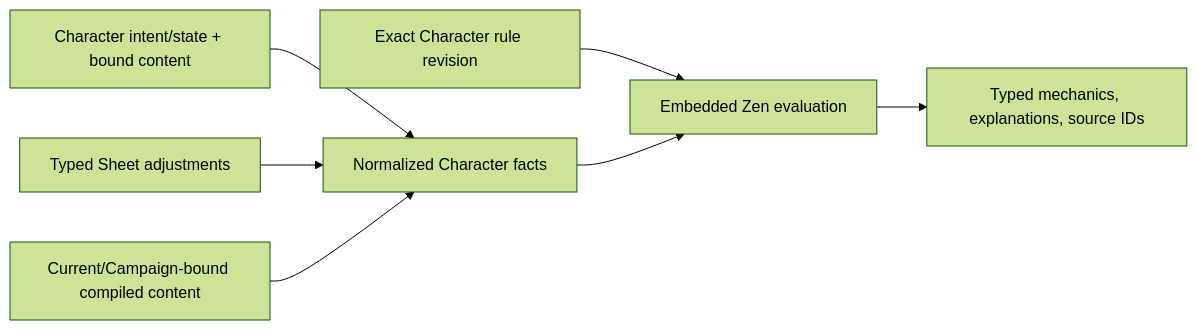
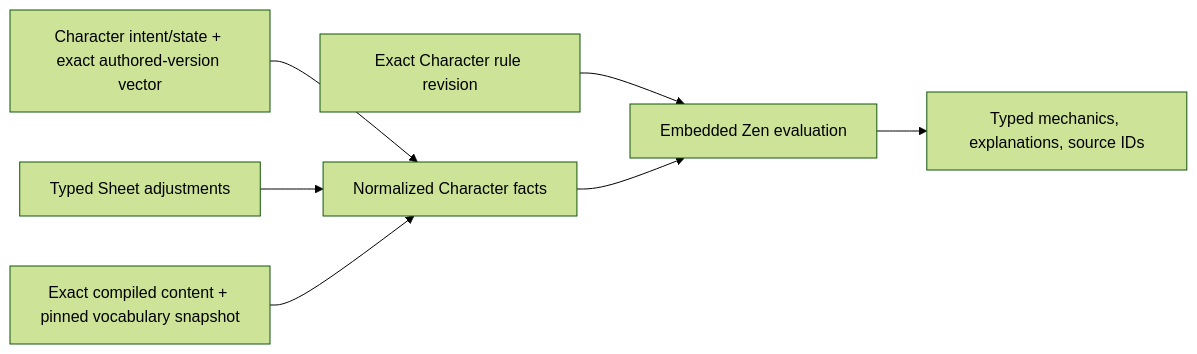
Before and after one commit to MPiland/artificer-toolkit: the diagram in docs/architecture/engine.md, drawn with Mermaid (forest theme). The commit also changed other lines of this file and 279 other files, not shown here.

````diff
--- a/docs/architecture/engine.md
+++ b/docs/architecture/engine.md
@@ -13,9 +13,9 @@
 ```mermaid
 flowchart LR
-  Authored[Character intent/state + bound content] --> Facts[Normalized Character facts]
+  Authored[Character intent/state + exact authored-version vector] --> Facts[Normalized Character facts]
   Adjustments[Typed Sheet adjustments] --> Facts
-  Content[Current/Campaign-bound compiled content] --> Facts
+  Content[Exact compiled content + pinned vocabulary snapshot] --> Facts
   Pin[Exact Character rule revision] --> Zen[Embedded Zen evaluation]
   Facts --> Zen
   Zen --> Output[Typed mechanics, explanations, source IDs]
 ```
````
